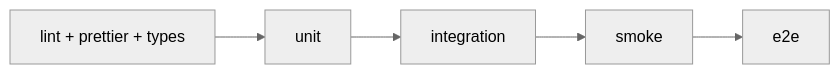
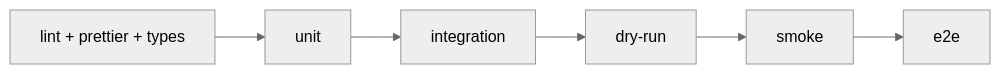
One commit to budwol/aboutme.app changed the diagram in README.md. Above: the diagram before and after it, drawn with Mermaid (neutral theme). The commit also changed other lines of this file and 16 other files, not shown here.

````diff
--- a/README.md
+++ b/README.md
@@ -320,7 +321,8 @@
 ```mermaid
 flowchart LR
   A["lint + prettier + types"] --> B["unit"]
   B --> C["integration"]
-  C --> D["smoke"]
-  D --> E["e2e"]
+  C --> D["dry-run"]
+  D --> E["smoke"]
+  E --> F["e2e"]
 ```
````
